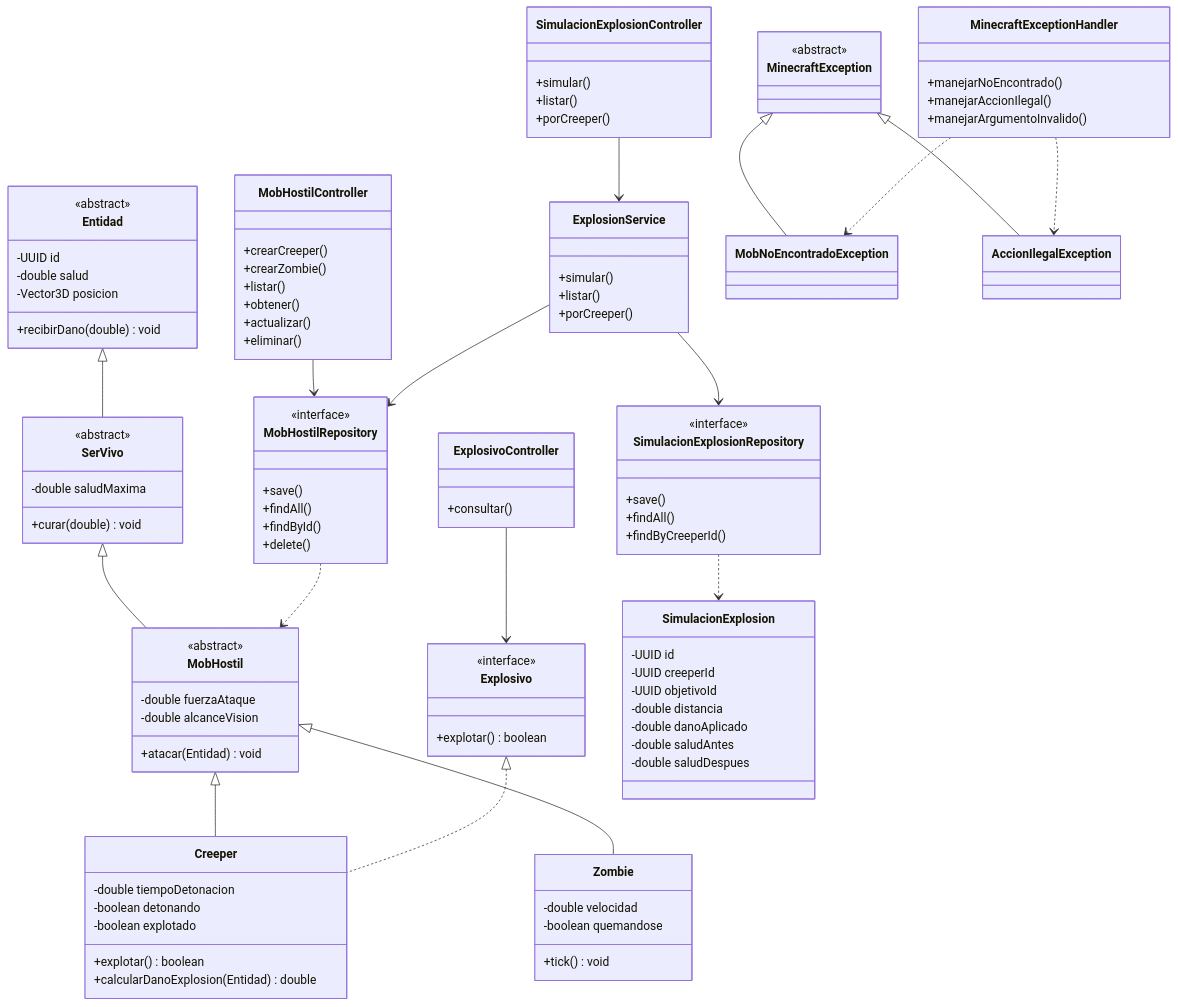
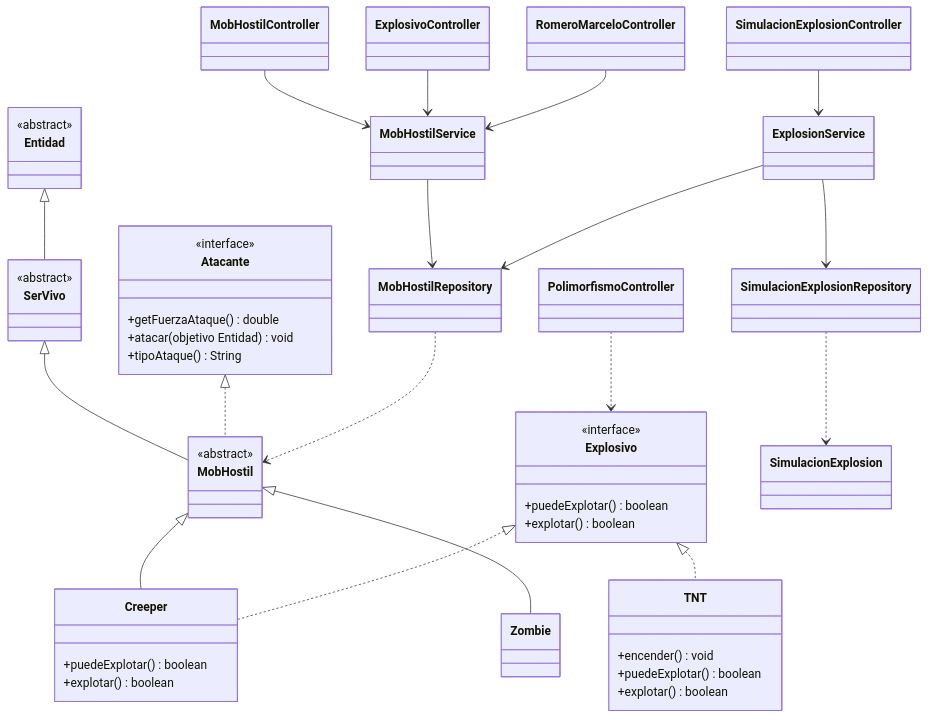
Before and after one commit to NicoRodriguez85677/NRodriguez-taller-git-2026: the second of 2 diagrams in README.md, drawn with Mermaid. The commit also changed other lines of this file, not shown here.

Commit message:
docs: actualizar diagramas y documentacion de POO06 y POO08

````diff
--- a/README.md
+++ b/README.md
@@ -344,125 +387,59 @@
 classDiagram
     class Entidad {
         <<abstract>>
-        -UUID id
-        -double salud
-        -Vector3D posicion
-        +recibirDano(double) void
     }
-
     class SerVivo {
         <<abstract>>
-        -double saludMaxima
-        +curar(double) void
     }
-
     class MobHostil {
         <<abstract>>
-        -double fuerzaAtaque
-        -double alcanceVision
-        +atacar(Entidad) void
     }
-
     class Creeper {
-        -double tiempoDetonacion
-        -boolean detonando
-        -boolean explotado
+        +puedeExplotar() boolean
         +explotar() boolean
-        +calcularDanoExplosion(Entidad) double
     }
-
-    class Zombie {
-        -double velocidad
-        -boolean quemandose
-        +tick() void
+    class Zombie
+    class TNT {
+        +encender() void
+        +puedeExplotar() boolean
+        +explotar() boolean
     }
-
     class Explosivo {
         <<interface>>
+        +puedeExplotar() boolean
         +explotar() boolean
     }
-
-    class MobHostilRepository {
+    class Atacante {
         <<interface>>
-        +save()
-        +findAll()
-        +findById()
-        +delete()
+        +getFuerzaAtaque() double
+        +atacar(objetivo Entidad) void
+        +tipoAtaque() String
     }
-
-    class SimulacionExplosion {
-        -UUID id
-        -UUID creeperId
-        -UUID objetivoId
-        -double distancia
-        -double danoAplicado
-        -double saludAntes
-        -double saludDespues
-    }
-
-    class SimulacionExplosionRepository {
-        <<interface>>
-        +save()
-        +findAll()
-        +findByCreeperId()
-    }
-
-    class MobHostilController {
-        +crearCreeper()
-        +crearZombie()
-        +listar()
-        +obtener()
-        +actualizar()
-        +eliminar()
-    }
-
-    class ExplosionService {
-        +simular()
-        +listar()
-        +porCreeper()
-    }
-
-    class SimulacionExplosionController {
-        +simular()
-        +listar()
-        +porCreeper()
-    }
-
-    class ExplosivoController {
-        +consultar()
-    }
-
-    class MinecraftException {
-        <<abstract>>
-    }
-
-    class MobNoEncontradoException
-    class AccionIlegalException
-
-    class MinecraftExceptionHandler {
-        +manejarNoEncontrado()
-        +manejarAccionIlegal()
-        +manejarArgumentoInvalido()
-    }
-
+    class MobHostilService
+    class ExplosionService
+    class MobHostilRepository
+    class SimulacionExplosionRepository
+    class SimulacionExplosion
+    class MobHostilController
+    class ExplosivoController
+    class PolimorfismoController
+    class RomeroMarceloController
+    class SimulacionExplosionController
     Entidad <|-- SerVivo
     SerVivo <|-- MobHostil
     MobHostil <|-- Creeper
     MobHostil <|-- Zombie
-
+    Atacante <|.. MobHostil
     Explosivo <|.. Creeper
-
-    MobHostilRepository ..> MobHostil
-    MobHostilController --> MobHostilRepository
-    ExplosivoController --> Explosivo
-
-    SimulacionExplosionRepository ..> SimulacionExplosion
+    Explosivo <|.. TNT
+    MobHostilService --> MobHostilRepository
     ExplosionService --> MobHostilRepository
     ExplosionService --> SimulacionExplosionRepository
+    MobHostilRepository ..> MobHostil
+    SimulacionExplosionRepository ..> SimulacionExplosion
+    MobHostilController --> MobHostilService
+    ExplosivoController --> MobHostilService
+    RomeroMarceloController --> MobHostilService
+    PolimorfismoController ..> Explosivo
     SimulacionExplosionController --> ExplosionService
-
-    MinecraftException <|-- MobNoEncontradoException
-    MinecraftException <|-- AccionIlegalException
-    MinecraftExceptionHandler ..> MobNoEncontradoException
-    MinecraftExceptionHandler ..> AccionIlegalException
 ```
````
